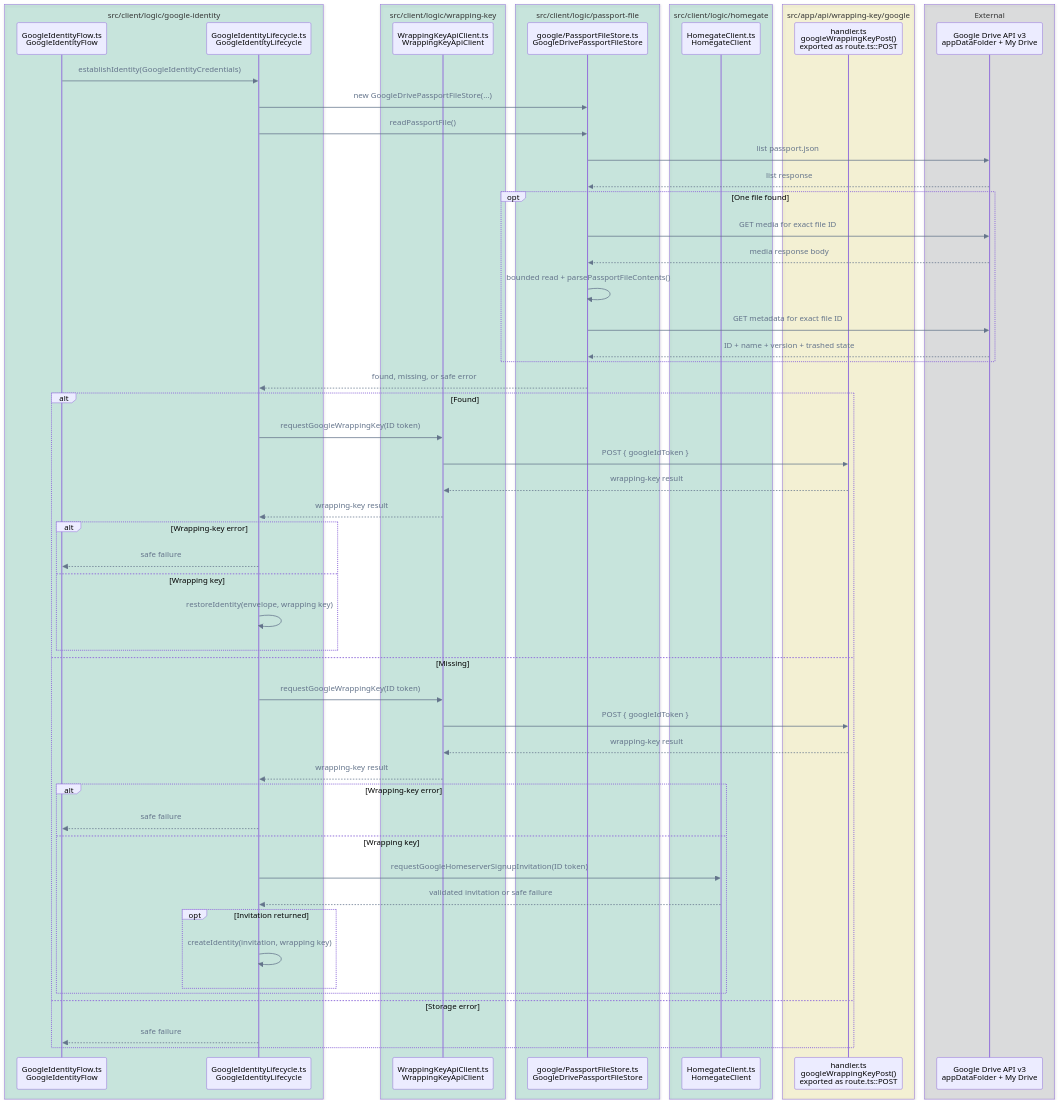
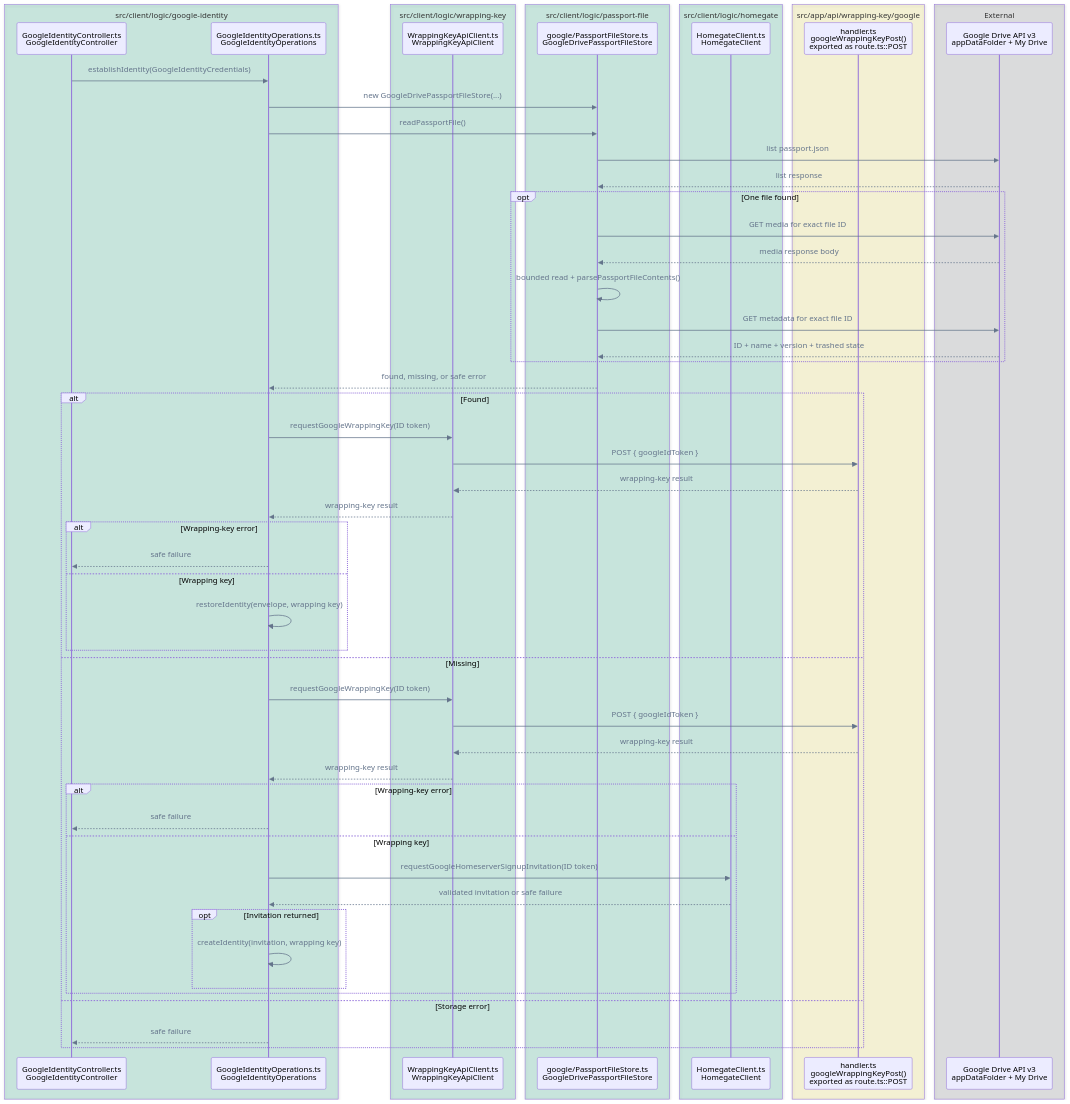
Before and after one commit to pubky/pubky-passport: the eighth of 14 diagrams in FLOWS.md, drawn with Mermaid. The commit also changed other lines of this file and 22 other files, not shown here.

Commit message:
refactor: use repo naming conventions in google-identity

````diff
--- a/FLOWS.md
+++ b/FLOWS.md
@@ -322,66 +322,66 @@
 ```mermaid
 %%{init: {"themeVariables": {"signalColor": "#64748B", "signalTextColor": "#64748B"}}}%%
 sequenceDiagram
     accTitle: Google-backed custody/recovery establishment call flow
-    accDescr: GoogleIdentityLifecycle reads the Google Drive Passport file first, then requests a wrapping key and either restores the found identity or requests a Homegate invitation before creating a missing identity, without passing the wrapping key to Drive storage.
+    accDescr: GoogleIdentityOperations reads the Google Drive Passport file first, then requests a wrapping key and either restores the found identity or requests a Homegate invitation before creating a missing identity, without passing the wrapping key to Drive storage.
     box rgba(0, 158, 115, 0.18) src/client/logic/google-identity
-        participant GoogleFlow as GoogleIdentityFlow.ts<br/>GoogleIdentityFlow
-        participant Operations as GoogleIdentityLifecycle.ts<br/>GoogleIdentityLifecycle
+        participant GoogleController as GoogleIdentityController.ts<br/>GoogleIdentityController
+        participant Operations as GoogleIdentityOperations.ts<br/>GoogleIdentityOperations
     end
     box rgba(0, 158, 115, 0.18) src/client/logic/wrapping-key
         participant Wrapping as WrappingKeyApiClient.ts<br/>WrappingKeyApiClient
     end
     box rgba(0, 158, 115, 0.18) src/client/logic/passport-file
         participant DriveStore as google/PassportFileStore.ts<br/>GoogleDrivePassportFileStore
     end
     box rgba(0, 158, 115, 0.18) src/client/logic/homegate
         participant Invite as HomegateClient.ts<br/>HomegateClient
     end
     box rgba(240, 228, 66, 0.18) src/app/api/wrapping-key/google
         participant API as handler.ts<br/>googleWrappingKeyPost()<br/>exported as route.ts::POST
     end
     box rgba(17, 24, 39, 0.12) External
         participant Drive as Google Drive API v3<br/>appDataFolder + My Drive
     end
 
-    GoogleFlow->>Operations: establishIdentity(GoogleIdentityCredentials)
+    GoogleController->>Operations: establishIdentity(GoogleIdentityCredentials)
     Operations->>DriveStore: new GoogleDrivePassportFileStore(...)
     Operations->>DriveStore: readPassportFile()
     DriveStore->>Drive: list passport.json
     Drive-->>DriveStore: list response
     opt One file found
         DriveStore->>Drive: GET media for exact file ID
         Drive-->>DriveStore: media response body
         DriveStore->>DriveStore: bounded read + parsePassportFileContents()
         DriveStore->>Drive: GET metadata for exact file ID
         Drive-->>DriveStore: ID + name + version + trashed state
     end
     DriveStore-->>Operations: found, missing, or safe error
     alt Found
         Operations->>Wrapping: requestGoogleWrappingKey(ID token)
         Wrapping->>API: POST { googleIdToken }
         API-->>Wrapping: wrapping-key result
         Wrapping-->>Operations: wrapping-key result
         alt Wrapping-key error
-            Operations-->>GoogleFlow: safe failure
+            Operations-->>GoogleController: safe failure
         else Wrapping key
             Operations->>Operations: restoreIdentity(envelope, wrapping key)
         end
     else Missing
         Operations->>Wrapping: requestGoogleWrappingKey(ID token)
         Wrapping->>API: POST { googleIdToken }
         API-->>Wrapping: wrapping-key result
         Wrapping-->>Operations: wrapping-key result
         alt Wrapping-key error
-            Operations-->>GoogleFlow: safe failure
+            Operations-->>GoogleController: safe failure
         else Wrapping key
             Operations->>Invite: requestGoogleHomeserverSignupInvitation(ID token)
             Invite-->>Operations: validated invitation or safe failure
             opt Invitation returned
                 Operations->>Operations: createIdentity(invitation, wrapping key)
             end
         end
     else Storage error
-        Operations-->>GoogleFlow: safe failure
+        Operations-->>GoogleController: safe failure
     end
 ```
````
